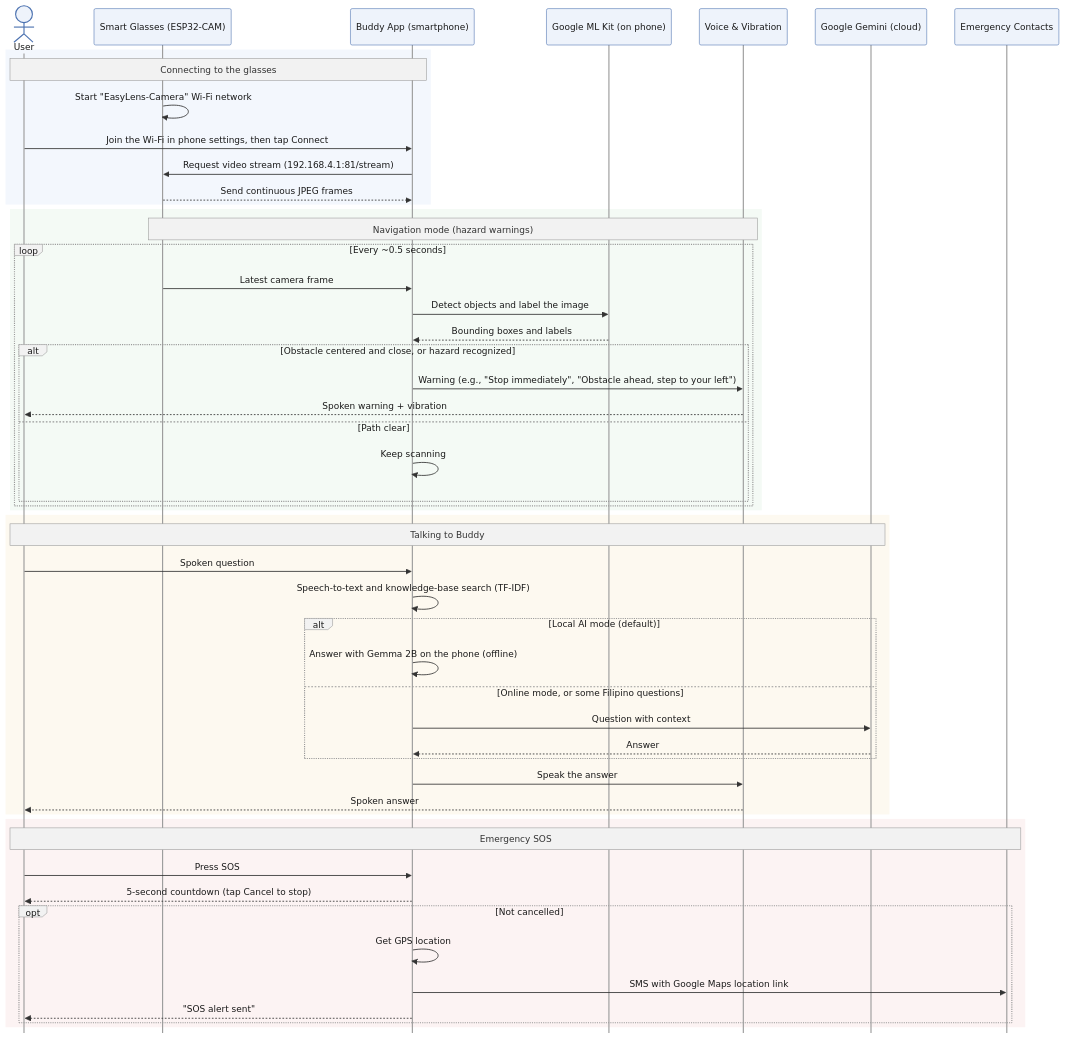
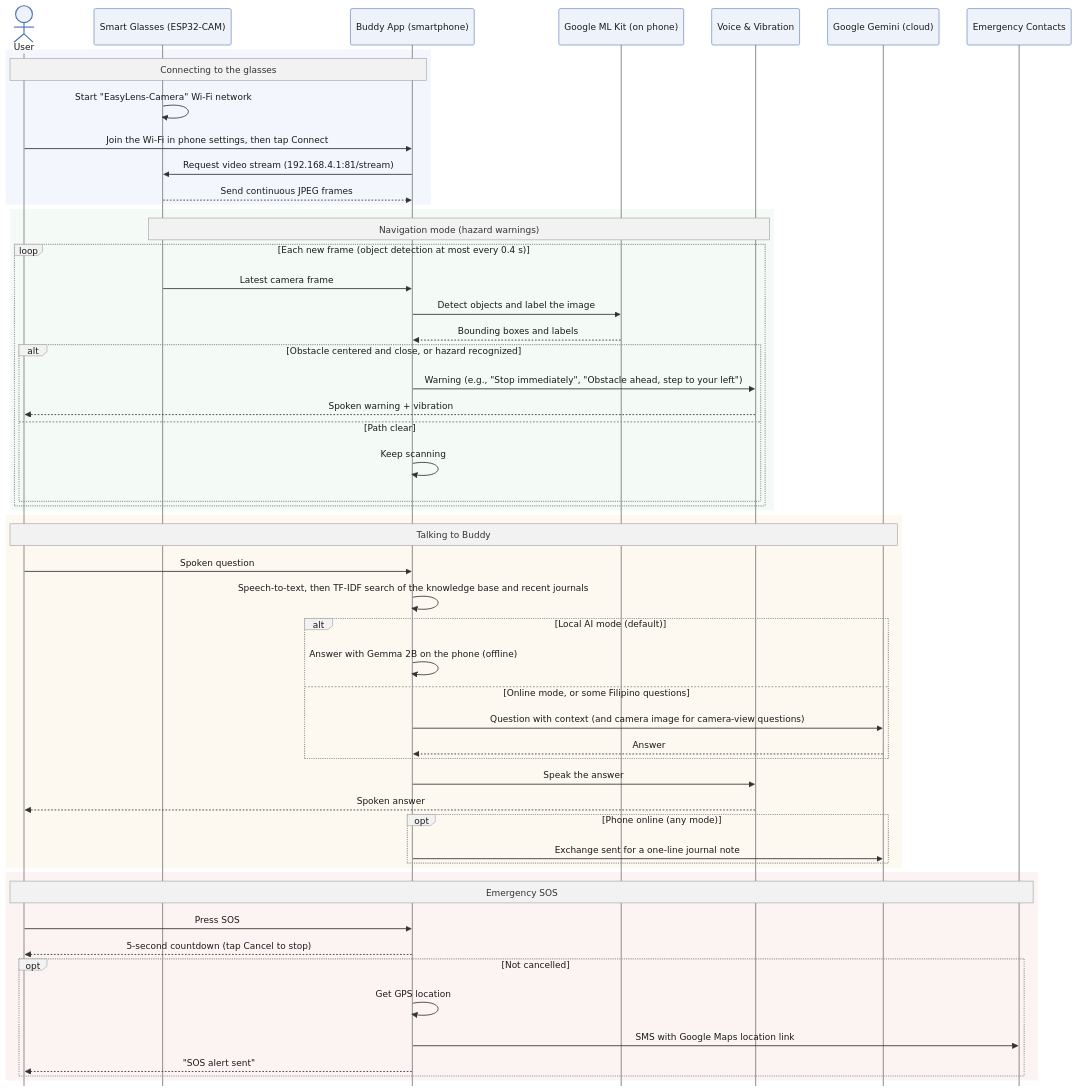
The diagram in docs/figures/05_chapter_3_system_architecture_uml.md (ciellamher/easylens), drawn with Mermaid before and after one commit. The commit also changed 5 other files, not shown here.

Commit message:
docs(figures): show every recorded dataset count in 3.12; add journal and camera-image flows to 3.7

````diff
--- a/docs/figures/05_chapter_3_system_architecture_uml.md
+++ b/docs/figures/05_chapter_3_system_architecture_uml.md
@@ -25,59 +25,62 @@
 ```mermaid
 %%{init: {"theme": "base", "themeVariables": {"primaryColor": "#EEF3FB", "primaryBorderColor": "#4C72B0", "primaryTextColor": "#1A1A1A", "secondaryColor": "#FFF6E5", "tertiaryColor": "#F7F7F7", "lineColor": "#444444", "fontFamily": "arial, sans-serif", "fontSize": "15px", "edgeLabelBackground": "#FFFFFF", "clusterBkg": "#F7F7F7", "clusterBorder": "#9A9A9A", "actorBkg": "#EEF3FB", "actorBorder": "#4C72B0", "actorTextColor": "#1A1A1A", "actorLineColor": "#9A9A9A", "signalColor": "#333333", "signalTextColor": "#1A1A1A", "noteBkgColor": "#F2F2F2", "noteBorderColor": "#9A9A9A", "labelBoxBkgColor": "#F2F2F2", "labelBoxBorderColor": "#9A9A9A", "loopTextColor": "#1A1A1A", "activationBkgColor": "#EEF3FB"}, "sequence": {"messageFontFamily": "arial, sans-serif", "actorFontFamily": "arial, sans-serif", "noteFontFamily": "arial, sans-serif", "mirrorActors": false, "messageFontSize": 15, "actorFontSize": 15, "noteFontSize": 15, "boxMargin": 8}, "fontFamily": "arial, sans-serif"}}%%
 sequenceDiagram
     actor User as User
     participant Glasses as Smart Glasses (ESP32-CAM)
     participant App as Buddy App (smartphone)
     participant Vision as Google ML Kit (on phone)
     participant Output as Voice & Vibration
     participant Gemini as Google Gemini (cloud)
     participant Contacts as Emergency Contacts
 
     rect rgb(243, 247, 253)
         note over User, App: Connecting to the glasses
         Glasses->>Glasses: Start "EasyLens-Camera" Wi-Fi network
         User->>App: Join the Wi-Fi in phone settings, then tap Connect
         App->>Glasses: Request video stream (192.168.4.1:81/stream)
         Glasses-->>App: Send continuous JPEG frames
     end
 
     rect rgb(244, 250, 245)
         note over Glasses, Output: Navigation mode (hazard warnings)
-        loop Every ~0.5 seconds
+        loop Each new frame (object detection at most every 0.4 s)
             Glasses->>App: Latest camera frame
             App->>Vision: Detect objects and label the image
             Vision-->>App: Bounding boxes and labels
             alt Obstacle centered and close, or hazard recognized
                 App->>Output: Warning (e.g., "Stop immediately", "Obstacle ahead, step to your left")
                 Output-->>User: Spoken warning + vibration
             else Path clear
                 App->>App: Keep scanning
             end
         end
     end
 
     rect rgb(253, 249, 240)
         note over User, Gemini: Talking to Buddy
         User->>App: Spoken question
-        App->>App: Speech-to-text and knowledge-base search (TF-IDF)
+        App->>App: Speech-to-text, then TF-IDF search of the knowledge base and recent journals
         alt Local AI mode (default)
             App->>App: Answer with Gemma 2B on the phone (offline)
         else Online mode, or some Filipino questions
-            App->>Gemini: Question with context
+            App->>Gemini: Question with context (and camera image for camera-view questions)
             Gemini-->>App: Answer
         end
         App->>Output: Speak the answer
         Output-->>User: Spoken answer
+        opt Phone online (any mode)
+            App->>Gemini: Exchange sent for a one-line journal note
+        end
     end
 
     rect rgb(252, 243, 243)
         note over User, Contacts: Emergency SOS
         User->>App: Press SOS
         App-->>User: 5-second countdown (tap Cancel to stop)
         opt Not cancelled
             App->>App: Get GPS location
             App->>Contacts: SMS with Google Maps location link
             App-->>User: "SOS alert sent"
         end
     end
 ```
````
